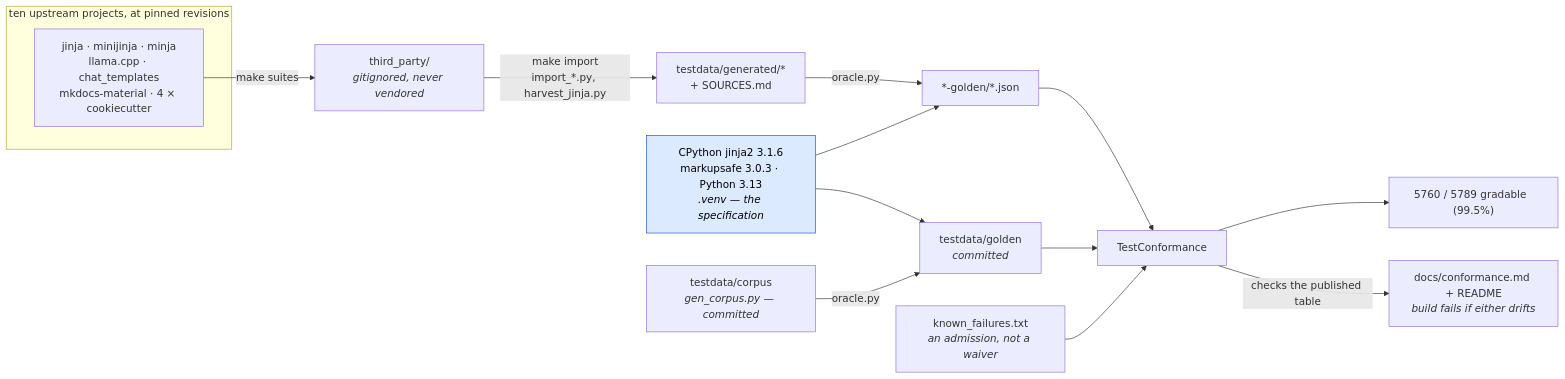
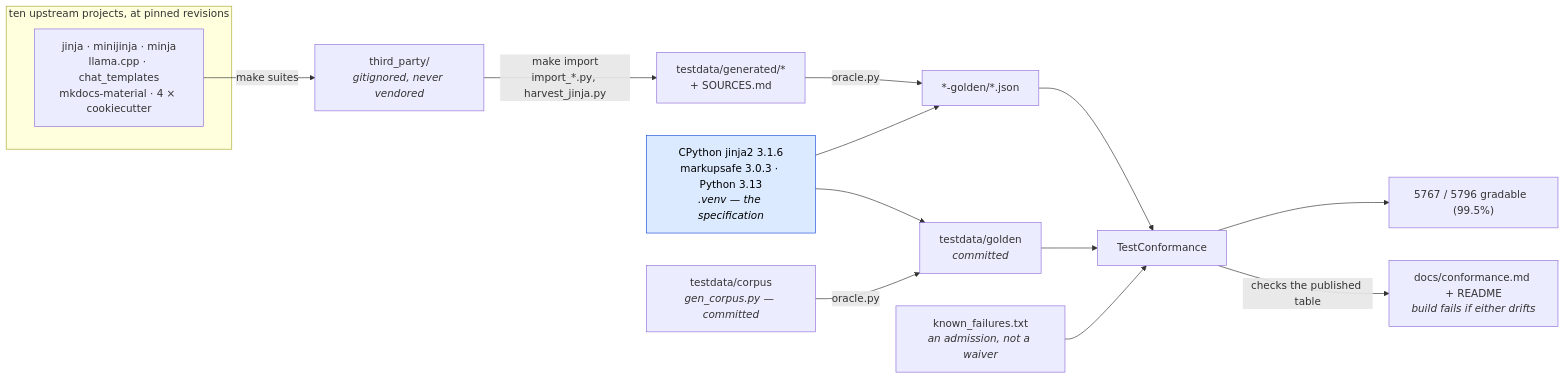
The first of 2 diagrams in docs/conformance.md (mgilbir/gojja2), drawn with Mermaid before and after one commit. The commit also changed other lines of this file and 29 other files, not shown here.

````diff
--- a/docs/conformance.md
+++ b/docs/conformance.md
@@ -17,24 +17,24 @@
 ```mermaid
 flowchart LR
     subgraph up["ten upstream projects, at pinned revisions"]
         U1["jinja · minijinja · minja<br/>llama.cpp · chat_templates<br/>mkdocs-material · 4 × cookiecutter"]
     end
     U1 -->|"make suites"| TP["third_party/<br/><i>gitignored, never vendored</i>"]
     TP -->|"make import<br/>import_*.py, harvest_jinja.py"| GEN["testdata/generated/*<br/>+ SOURCES.md"]
 
     ORA["CPython jinja2 3.1.6<br/>markupsafe 3.0.3 · Python 3.13<br/><i>.venv — the specification</i>"]
     GEN -->|"oracle.py"| G2["*-golden/*.json"]
     ORA --> G2
 
     OWN["testdata/corpus<br/><i>gen_corpus.py — committed</i>"] -->|"oracle.py"| G1["testdata/golden<br/><i>committed</i>"]
     ORA --> G1
 
     G1 --> TC["TestConformance"]
     G2 --> TC
     KF["known_failures.txt<br/><i>an admission, not a waiver</i>"] --> TC
-    TC --> RATE["5760 / 5789 gradable  (99.5%)"]
+    TC --> RATE["5767 / 5796 gradable  (99.5%)"]
     TC -->|"checks the published table"| RM["docs/conformance.md + README<br/><i>build fails if either drifts</i>"]
 
     classDef spec fill:#dbeafe,stroke:#1d4ed8,color:#000
     class ORA spec
 ```
````
